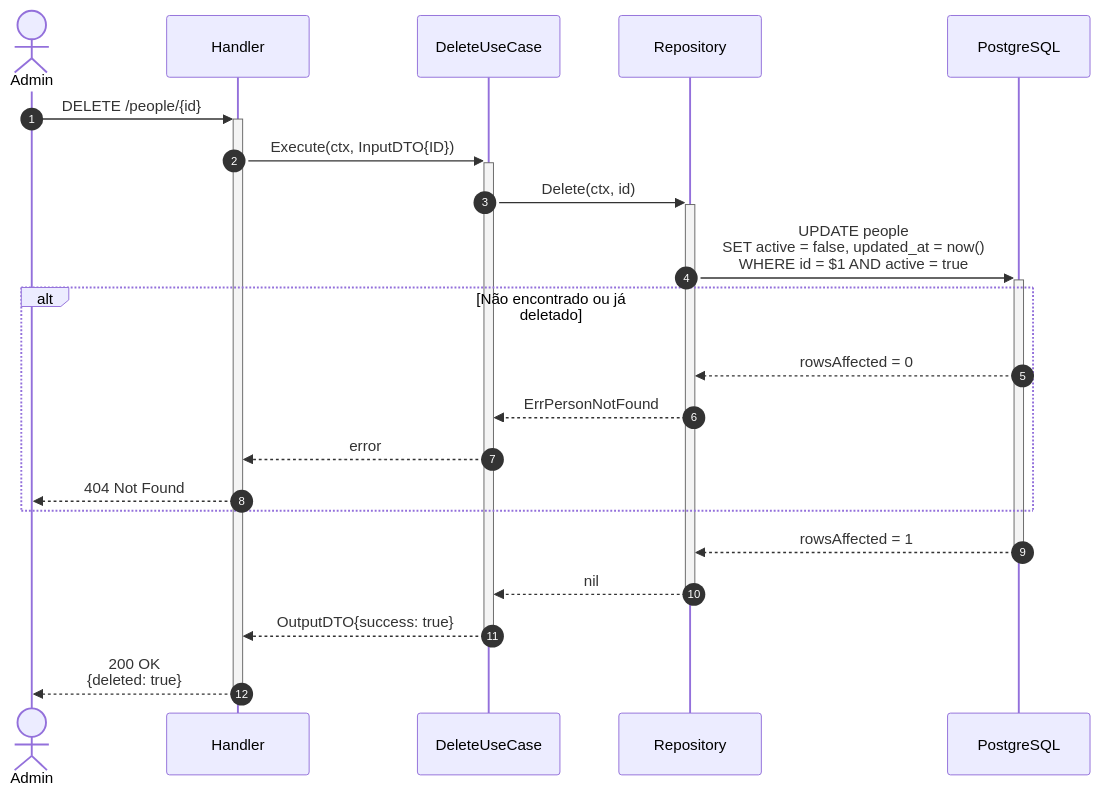
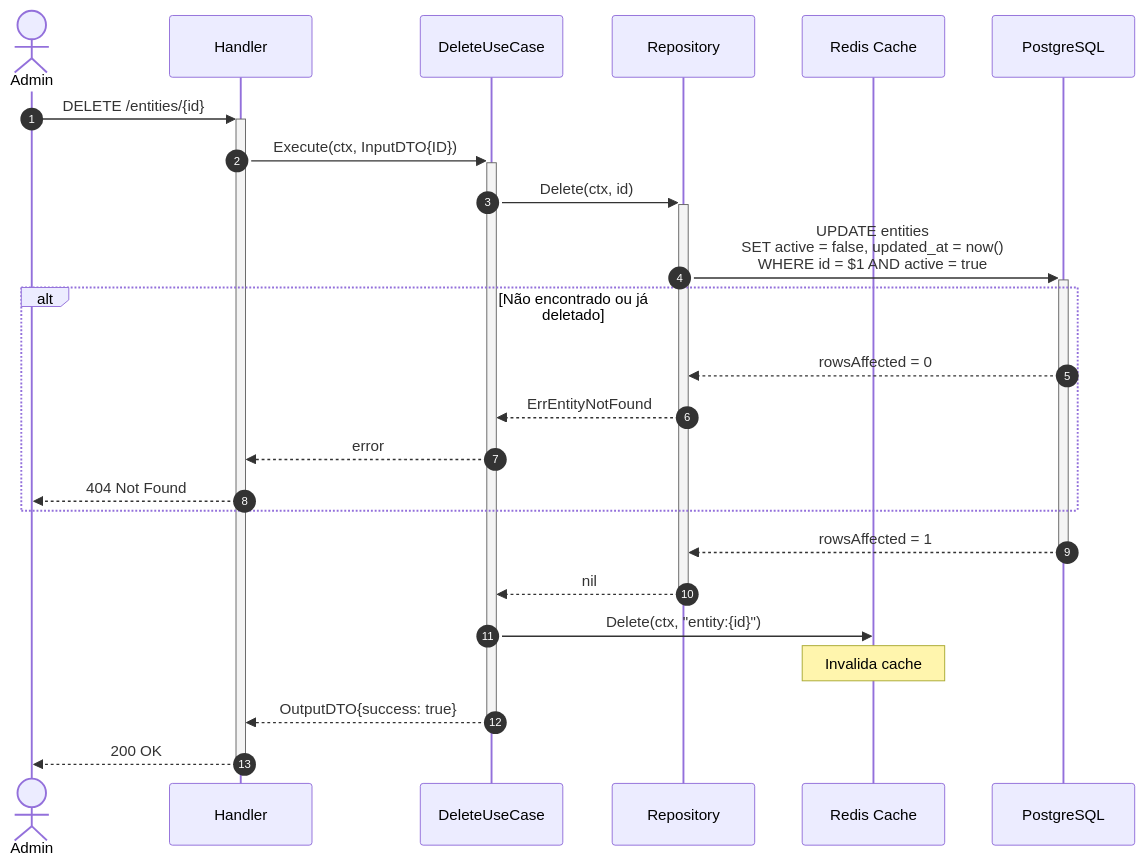
Before and after one commit to jrmarcello/gopherplate: the seventh of 8 diagrams in docs/app/architecture.md, drawn with Mermaid. The commit also changed other lines of this file, not shown here.

Commit message:
docs: update architecture diagram and description for entity domain

````diff
--- a/docs/app/architecture.md
+++ b/docs/app/architecture.md
@@ -340,31 +335,35 @@
 ```mermaid
 sequenceDiagram
     autonumber
     actor Admin
     participant H as Handler
     participant UC as DeleteUseCase
     participant R as Repository
+    participant C as Redis Cache
     participant DB as PostgreSQL
 
-    Admin->>+H: DELETE /people/{id}
+    Admin->>+H: DELETE /entities/{id}
 
     H->>+UC: Execute(ctx, InputDTO{ID})
 
     UC->>+R: Delete(ctx, id)
     
-    R->>+DB: UPDATE people<br/>SET active = false, updated_at = now()<br/>WHERE id = $1 AND active = true
+    R->>+DB: UPDATE entities<br/>SET active = false, updated_at = now()<br/>WHERE id = $1 AND active = true
     
     alt Não encontrado ou já deletado
         DB-->>R: rowsAffected = 0
-        R-->>UC: ErrPersonNotFound
+        R-->>UC: ErrEntityNotFound
         UC-->>H: error
         H-->>Admin: 404 Not Found
     end
     
     DB-->>-R: rowsAffected = 1
     R-->>-UC: nil
+    
+    UC->>C: Delete(ctx, "entity:{id}")
+    Note over C: Invalida cache
 
     UC-->>-H: OutputDTO{success: true}
 
-    H-->>-Admin: 200 OK<br/>{deleted: true}
+    H-->>-Admin: 200 OK
 ```
````
